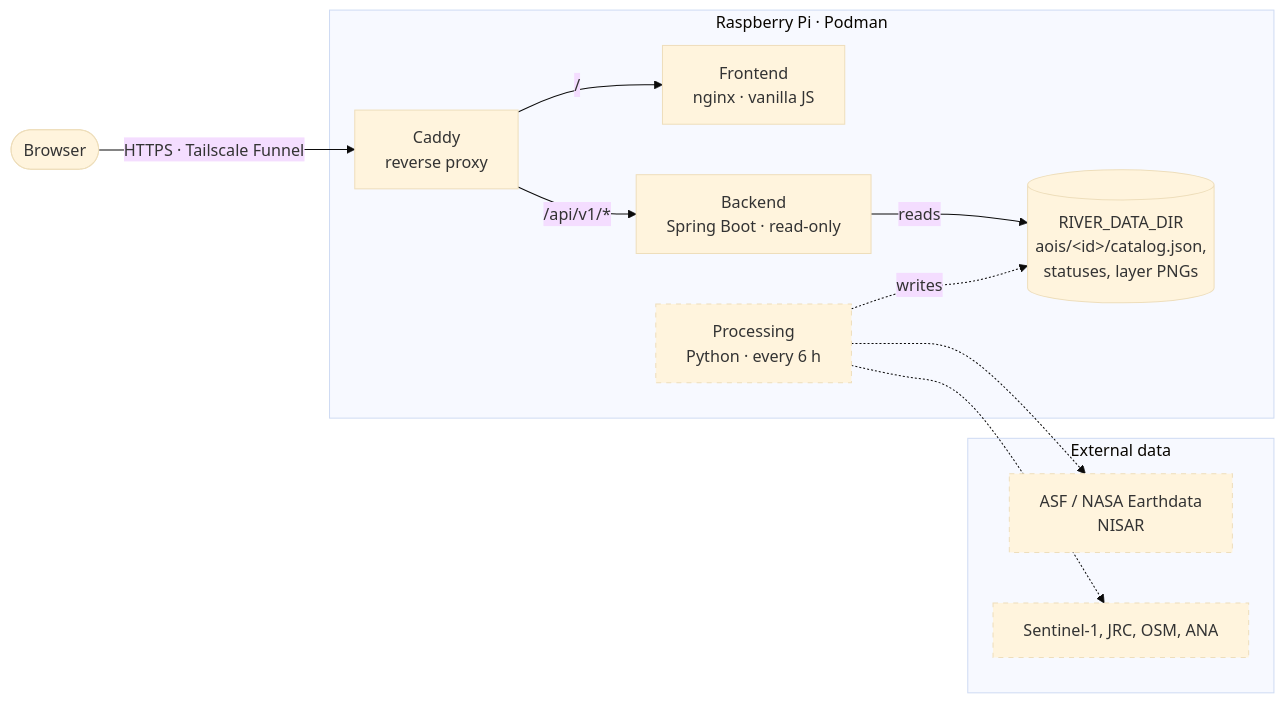
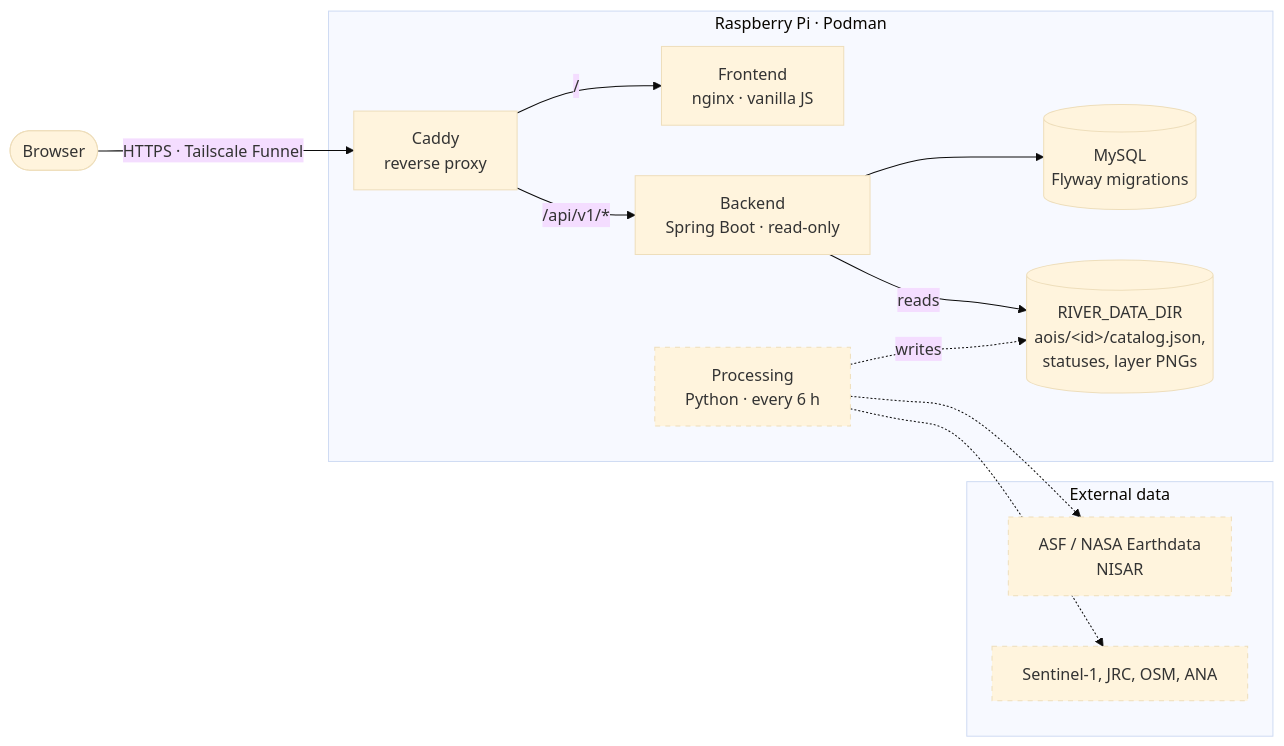
The diagram in README.md (S4nxez/river-lifeline), drawn with Mermaid (base theme) before and after one commit. The commit also changed other lines of this file and 16 other files, not shown here.

First line of the commit message:
fix(server): keep the MySQL connection, its Flyway migrations and the mysql container

````diff
--- a/README.md
+++ b/README.md
@@ -29,28 +29,30 @@
 ```mermaid
 flowchart LR
     user([Browser])
 
     subgraph pi["Raspberry Pi · Podman"]
         caddy["Caddy<br/>reverse proxy"]
         frontend["Frontend<br/>nginx · vanilla JS"]
         backend["Backend<br/>Spring Boot · read-only"]
+        db[("MySQL<br/>Flyway migrations")]
         data[("RIVER_DATA_DIR<br/>aois/&lt;id&gt;/catalog.json,<br/>statuses, layer PNGs")]
         worker["Processing<br/>Python · every 6 h"]
     end
 
     subgraph external["External data"]
         earthdata["ASF / NASA Earthdata<br/>NISAR"]
         s1["Sentinel-1, JRC, OSM, ANA"]
     end
 
     user -->|"HTTPS · Tailscale Funnel"| caddy
     caddy -->|"/"| frontend
     caddy -->|"/api/v1/*"| backend
     backend -->|"reads"| data
+    backend --> db
     worker -.->|"writes"| data
     worker -.-> earthdata
     worker -.-> s1
 
     classDef planned stroke-dasharray: 5 5
     class worker,earthdata,s1 planned
 ```
````
